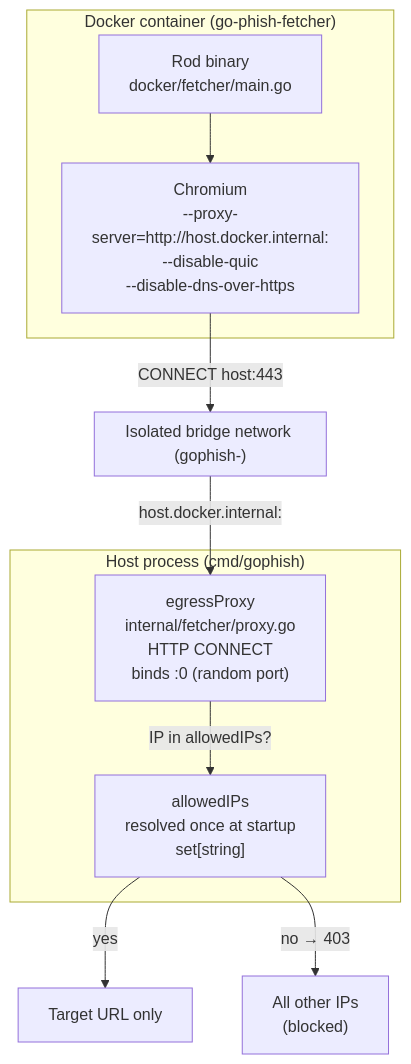
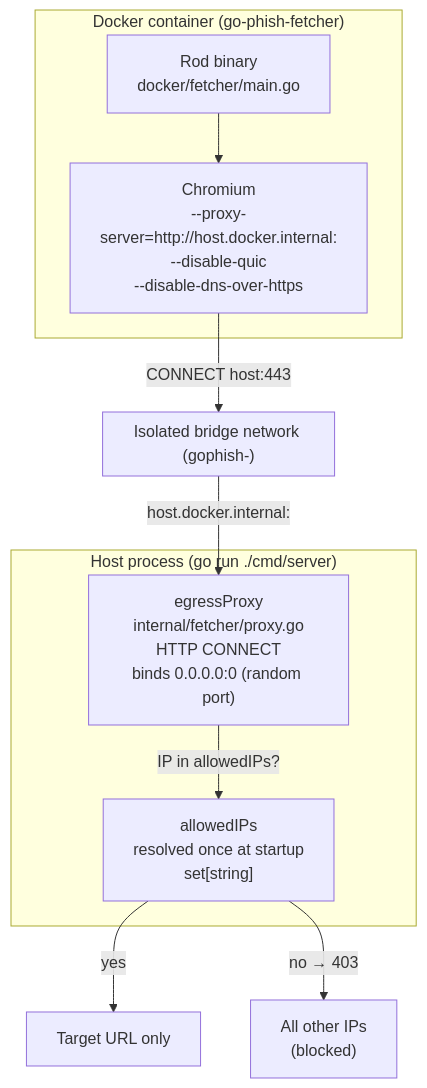
One commit to Aslanchik/go-phish changed the first of 4 diagrams in docs/egress-proxy.md. Above: the diagram before and after it, drawn with Mermaid. The commit also changed other lines of this file and 5 other files, not shown here.

````diff
--- a/docs/egress-proxy.md
+++ b/docs/egress-proxy.md
@@ -11,25 +15,25 @@
 ```mermaid
 graph TD
-    subgraph Host["Host process (cmd/gophish)"]
-        Proxy["egressProxy\ninternal/fetcher/proxy.go\nHTTP CONNECT\nbinds :0 (random port)"]
+    subgraph Host["Host process (go run ./cmd/server)"]
+        Proxy["egressProxy\ninternal/fetcher/proxy.go\nHTTP CONNECT\nbinds 0.0.0.0:0 (random port)"]
         AllowList["allowedIPs\nresolved once at startup\nset[string]"]
     end
 
     subgraph Container["Docker container (go-phish-fetcher)"]
         Chrome["Chromium\n--proxy-server=http://host.docker.internal:<port>\n--disable-quic\n--disable-dns-over-https"]
         Rod["Rod binary\ndocker/fetcher/main.go"]
     end
 
     subgraph Network["Isolated bridge network (gophish-<nanos>)"]
     end
 
     Internet["Target URL only"]
     Blocked["All other IPs\n(blocked)"]
 
     Rod --> Chrome
     Chrome -->|"CONNECT host:443"| Network
     Network -->|"host.docker.internal:<port>"| Proxy
     Proxy -->|"IP in allowedIPs?"| AllowList
     AllowList -->|"yes"| Internet
     AllowList -->|"no → 403"| Blocked
 ```
````
